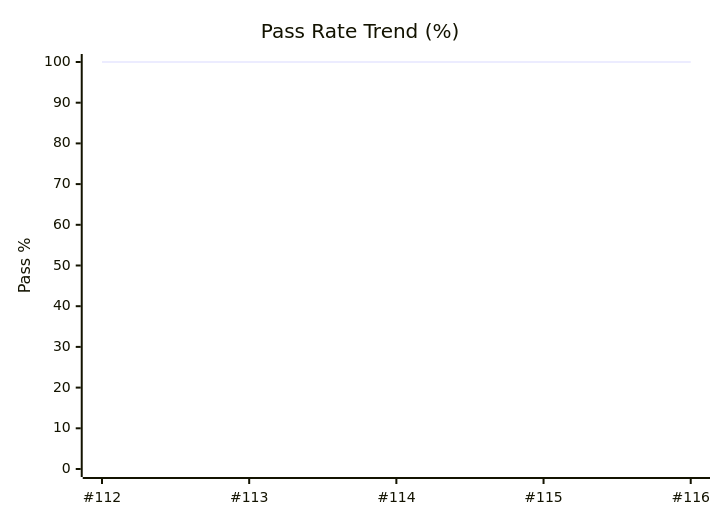
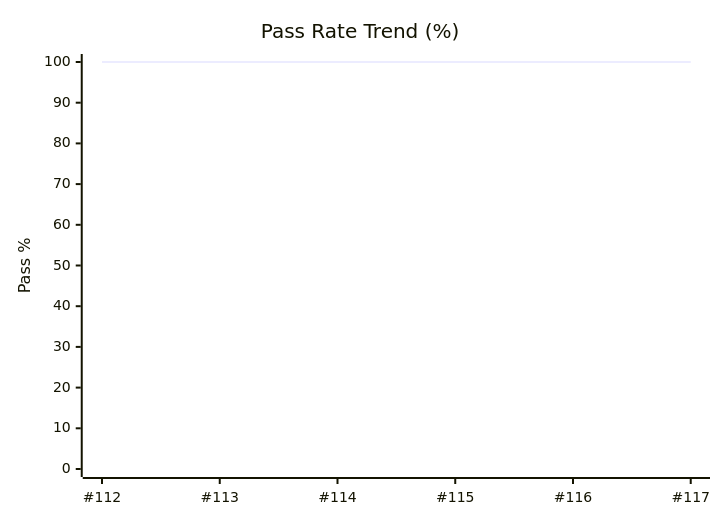
Before and after one commit to karimarie67/QA-boost: the diagram in dashboards/qa-metrics.md, drawn with Mermaid. The commit also changed other lines of this file and 2 other files, not shown here.

````diff
--- a/dashboards/qa-metrics.md
+++ b/dashboards/qa-metrics.md
@@ -24,7 +24,7 @@
 ```mermaid
 xychart-beta
     title "Pass Rate Trend (%)"
-    x-axis [#112, #113, #114, #115, #116]
+    x-axis [#112, #113, #114, #115, #116, #117]
     y-axis "Pass %" 0 --> 100
-    line [100.0, 100.0, 100.0, 100.0, 100.0]
+    line [100.0, 100.0, 100.0, 100.0, 100.0, 100.0]
 ```
````
